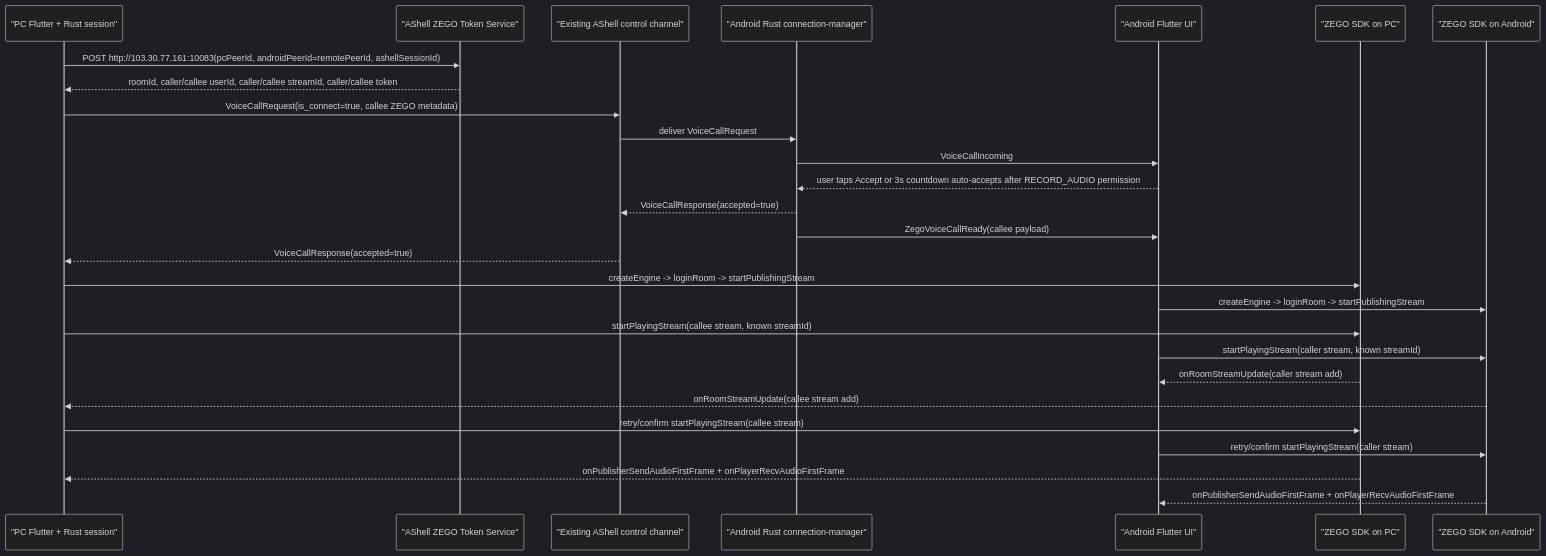
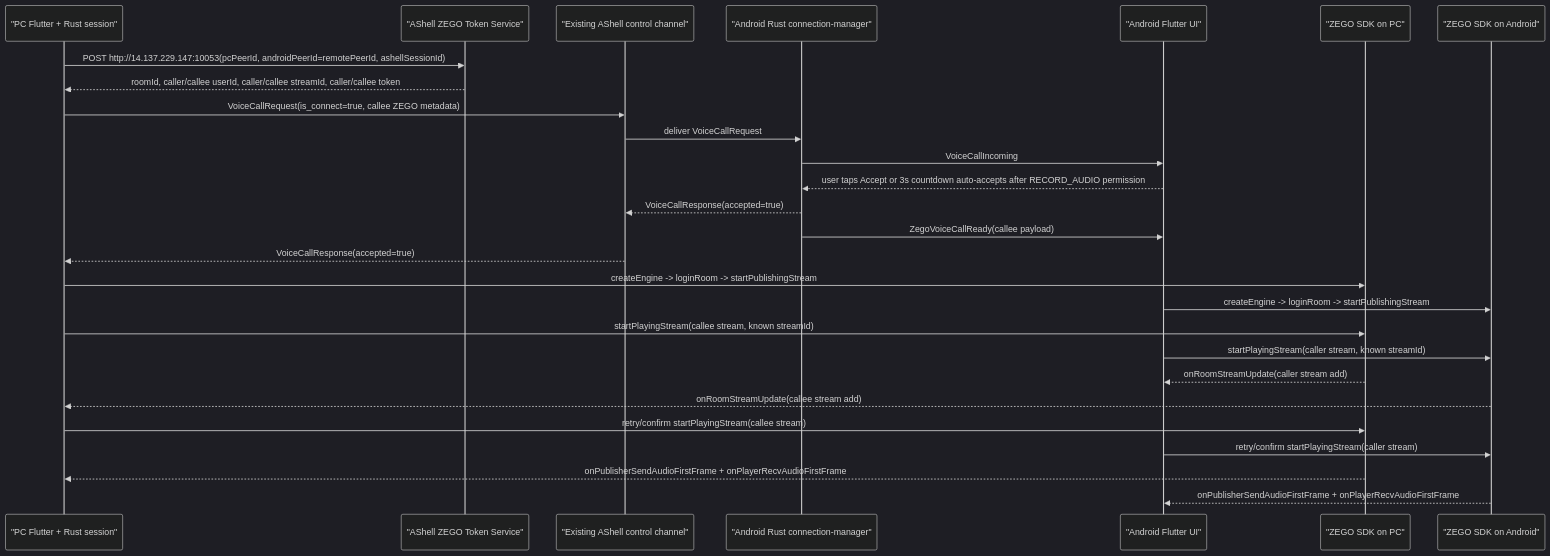
One commit to adb-shell/A-Shell-You changed the first of 3 diagrams in docs/ZEGO_VOICE_CALL_ARCHITECTURE.md. Above: the diagram before and after it, drawn with Mermaid (dark theme). The commit also changed other lines of this file and 16 other files, not shown here.

````diff
--- a/docs/ZEGO_VOICE_CALL_ARCHITECTURE.md
+++ b/docs/ZEGO_VOICE_CALL_ARCHITECTURE.md
@@ -17,30 +17,30 @@
 ```mermaid
 sequenceDiagram
     participant PC as "PC Flutter + Rust session"
     participant Token as "AShell ZEGO Token Service"
     participant Conn as "Existing AShell control channel"
     participant AndroidRust as "Android Rust connection-manager"
     participant AndroidUI as "Android Flutter UI"
     participant ZegoPC as "ZEGO SDK on PC"
     participant ZegoAndroid as "ZEGO SDK on Android"
 
-    PC->>Token: POST http://103.30.77.161:10083(pcPeerId, androidPeerId=remotePeerId, ashellSessionId)
+    PC->>Token: POST http://14.137.229.147:10053(pcPeerId, androidPeerId=remotePeerId, ashellSessionId)
     Token-->>PC: roomId, caller/callee userId, caller/callee streamId, caller/callee token
     PC->>Conn: VoiceCallRequest(is_connect=true, callee ZEGO metadata)
     Conn->>AndroidRust: deliver VoiceCallRequest
     AndroidRust->>AndroidUI: VoiceCallIncoming
     AndroidUI-->>AndroidRust: user taps Accept or 3s countdown auto-accepts after RECORD_AUDIO permission
     AndroidRust-->>Conn: VoiceCallResponse(accepted=true)
     AndroidRust->>AndroidUI: ZegoVoiceCallReady(callee payload)
     Conn-->>PC: VoiceCallResponse(accepted=true)
     PC->>ZegoPC: createEngine -> loginRoom -> startPublishingStream
     AndroidUI->>ZegoAndroid: createEngine -> loginRoom -> startPublishingStream
     PC->>ZegoPC: startPlayingStream(callee stream, known streamId)
     AndroidUI->>ZegoAndroid: startPlayingStream(caller stream, known streamId)
     ZegoPC-->>AndroidUI: onRoomStreamUpdate(caller stream add)
     ZegoAndroid-->>PC: onRoomStreamUpdate(callee stream add)
     PC->>ZegoPC: retry/confirm startPlayingStream(callee stream)
     AndroidUI->>ZegoAndroid: retry/confirm startPlayingStream(caller stream)
     ZegoPC-->>PC: onPublisherSendAudioFirstFrame + onPlayerRecvAudioFirstFrame
     ZegoAndroid-->>AndroidUI: onPublisherSendAudioFirstFrame + onPlayerRecvAudioFirstFrame
 ```
````
